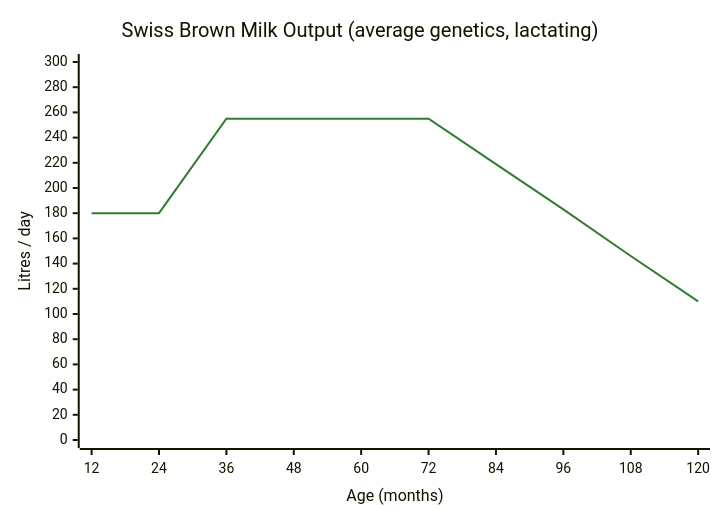
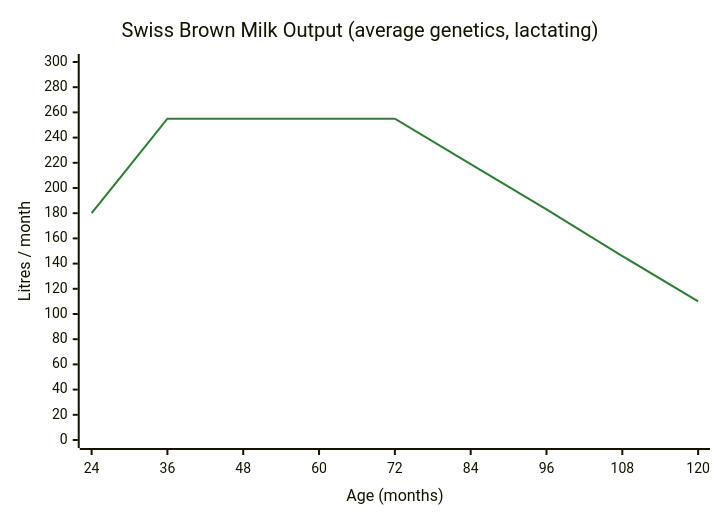
Before and after one commit to rittermod/FS25_RealisticLivestockRM: the diagram in docs/user-guide/factsheet-cattle.md, drawn with Mermaid. The commit also changed other lines of this file and 23 other files, not shown here.

````diff
--- a/docs/user-guide/factsheet-cattle.md
+++ b/docs/user-guide/factsheet-cattle.md
@@ -53,8 +55,8 @@
 ```mermaid
 %%{init: {"themeVariables": {"xyChart": {"plotColorPalette": "#2e7d32"}}}}%%
 xychart-beta
     title "Swiss Brown Milk Output (average genetics, lactating)"
-    x-axis "Age (months)" [12, 24, 36, 48, 60, 72, 84, 96, 108, 120]
-    y-axis "Litres / day" 0 --> 300
-    line [180, 180, 255, 255, 255, 255, 219, 183, 146, 110]
+    x-axis "Age (months)" [24, 36, 48, 60, 72, 84, 96, 108, 120]
+    y-axis "Litres / month" 0 --> 300
+    line [180, 255, 255, 255, 255, 219, 183, 146, 110]
 ```
````
